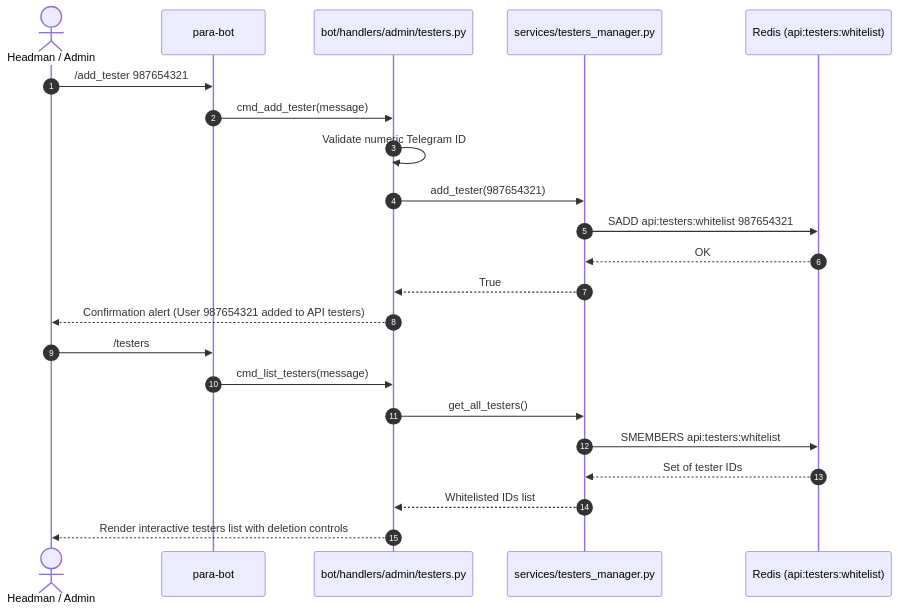
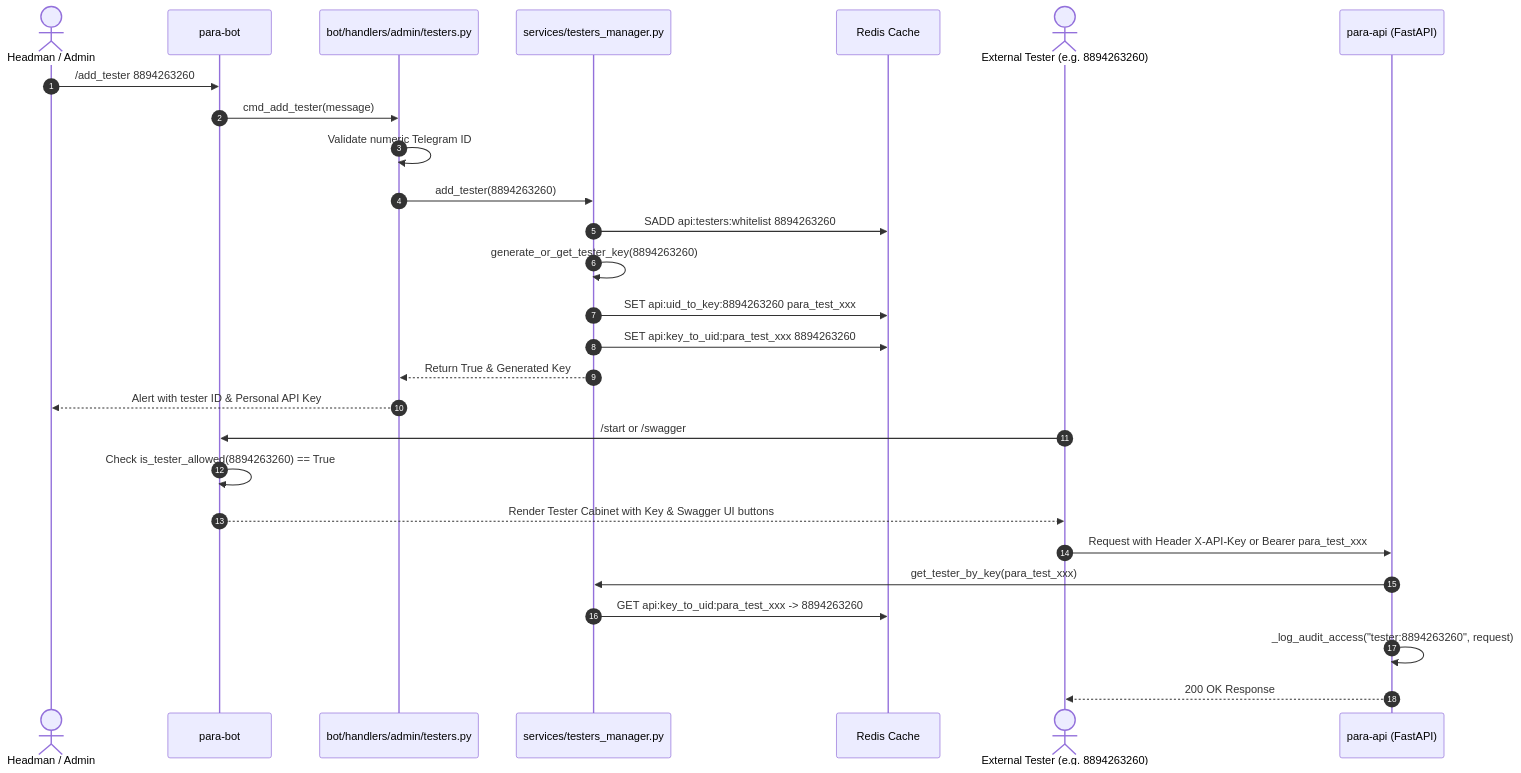
Before and after one commit to Utkautka1/para: diagram 22 of 23 in docs/UML.md, drawn with Mermaid. The commit also changed other lines of this file and 8 other files, not shown here.

First line of the commit message:
feat(api-testers): move redis key prefixes to config, auto-generate personal API keys, and add audit logging

````diff
--- a/docs/UML.md
+++ b/docs/UML.md
@@ -1557,26 +1557,32 @@
 ```mermaid
 sequenceDiagram
     autonumber
     actor Admin as Headman / Admin
     participant Bot as para-bot
     participant Handler as bot/handlers/admin/testers.py
     participant TestersMgr as services/testers_manager.py
-    participant RedisStore as Redis (api:testers:whitelist)
+    participant RedisStore as Redis Cache
+    actor Tester as External Tester (e.g. 8894263260)
+    participant ApiServer as para-api (FastAPI)
 
-    Admin->>Bot: /add_tester 987654321
+    Admin->>Bot: /add_tester 8894263260
     Bot->>Handler: cmd_add_tester(message)
     Handler->>Handler: Validate numeric Telegram ID
-    Handler->>TestersMgr: add_tester(987654321)
-    TestersMgr->>RedisStore: SADD api:testers:whitelist 987654321
-    RedisStore-->>TestersMgr: OK
-    TestersMgr-->>Handler: True
-    Handler-->>Admin: Confirmation alert (User 987654321 added to API testers)
+    Handler->>TestersMgr: add_tester(8894263260)
+    TestersMgr->>RedisStore: SADD api:testers:whitelist 8894263260
+    TestersMgr->>TestersMgr: generate_or_get_tester_key(8894263260)
+    TestersMgr->>RedisStore: SET api:uid_to_key:8894263260 para_test_xxx
+    TestersMgr->>RedisStore: SET api:key_to_uid:para_test_xxx 8894263260
+    TestersMgr-->>Handler: Return True & Generated Key
+    Handler-->>Admin: Alert with tester ID & Personal API Key
     
-    Admin->>Bot: /testers
-    Bot->>Handler: cmd_list_testers(message)
-    Handler->>TestersMgr: get_all_testers()
-    TestersMgr->>RedisStore: SMEMBERS api:testers:whitelist
-    RedisStore-->>TestersMgr: Set of tester IDs
-    TestersMgr-->>Handler: Whitelisted IDs list
-    Handler-->>Admin: Render interactive testers list with deletion controls
+    Tester->>Bot: /start or /swagger
+    Bot->>Bot: Check is_tester_allowed(8894263260) == True
+    Bot-->>Tester: Render Tester Cabinet with Key & Swagger UI buttons
+    
+    Tester->>ApiServer: Request with Header X-API-Key or Bearer para_test_xxx
+    ApiServer->>TestersMgr: get_tester_by_key(para_test_xxx)
+    TestersMgr->>RedisStore: GET api:key_to_uid:para_test_xxx -> 8894263260
+    ApiServer->>ApiServer: _log_audit_access("tester:8894263260", request)
+    ApiServer-->>Tester: 200 OK Response
 ```
````
